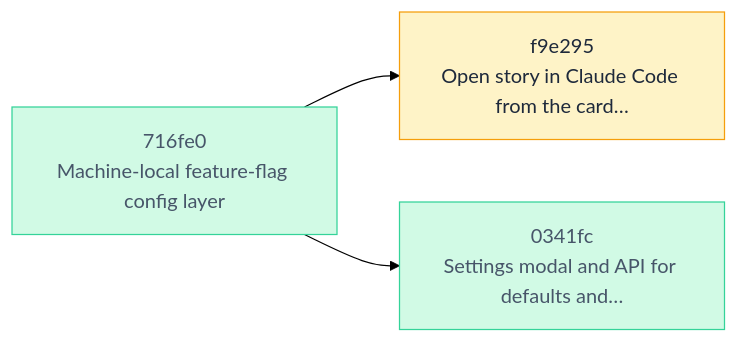
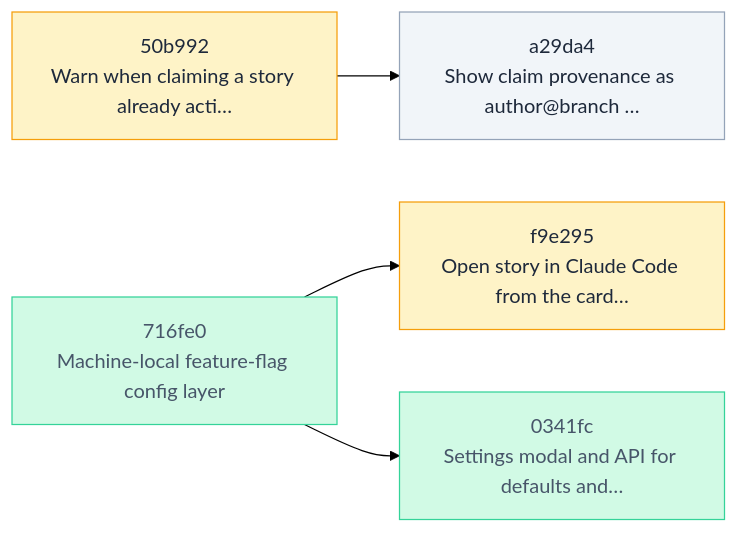
The diagram in .skald/README.md (Vitund-AI/skald), drawn with Mermaid (forest theme) before and after one commit. The commit also changed other lines of this file and 9 other files, not shown here.

First line of the commit message:
Warn when taking a story already active in another local tree

````diff
--- a/.skald/README.md
+++ b/.skald/README.md
@@ -16,12 +16,17 @@
 ```mermaid
 flowchart LR
     n_0341fc["0341fc<br/>Settings modal and API for defaults and…"]
+    n_50b992["50b992<br/>Warn when claiming a story already acti…"]
     n_716fe0["716fe0<br/>Machine-local feature-flag config layer"]
+    n_a29da4["a29da4<br/>Show claim provenance as author@branch …"]
     n_f9e295["f9e295<br/>Open story in Claude Code from the card…"]
+    n_50b992 --> n_a29da4
     n_716fe0 --> n_f9e295
     n_716fe0 --> n_0341fc
+    classDef backlog fill:#f1f5f9,stroke:#94a3b8,color:#1e293b
     classDef active fill:#fef3c7,stroke:#f59e0b,color:#1e293b
     classDef done fill:#d1fae5,stroke:#34d399,color:#475569
     class n_0341fc,n_716fe0 done
-    class n_f9e295 active
+    class n_a29da4 backlog
+    class n_50b992,n_f9e295 active
 ```
````
